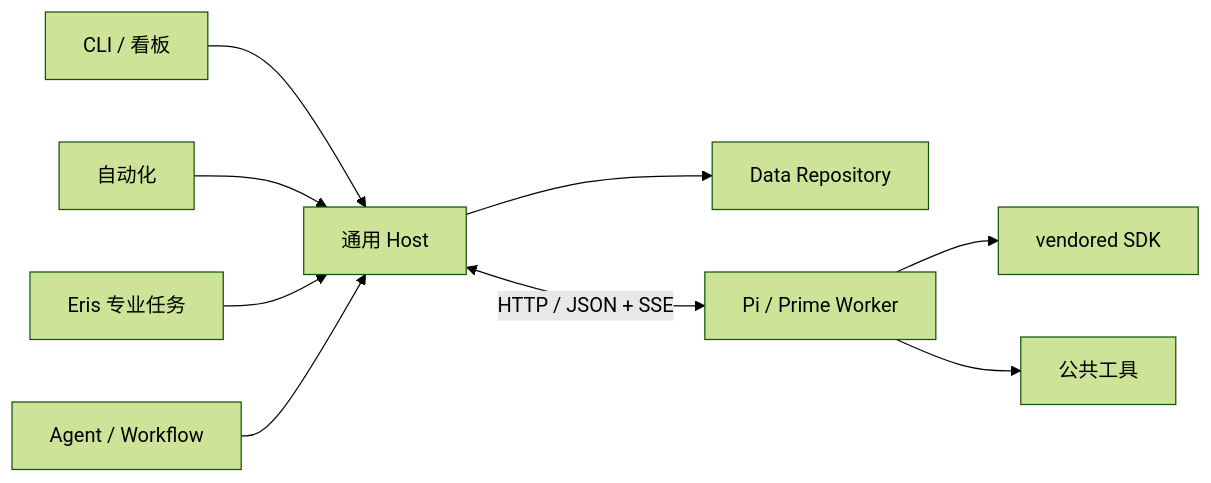
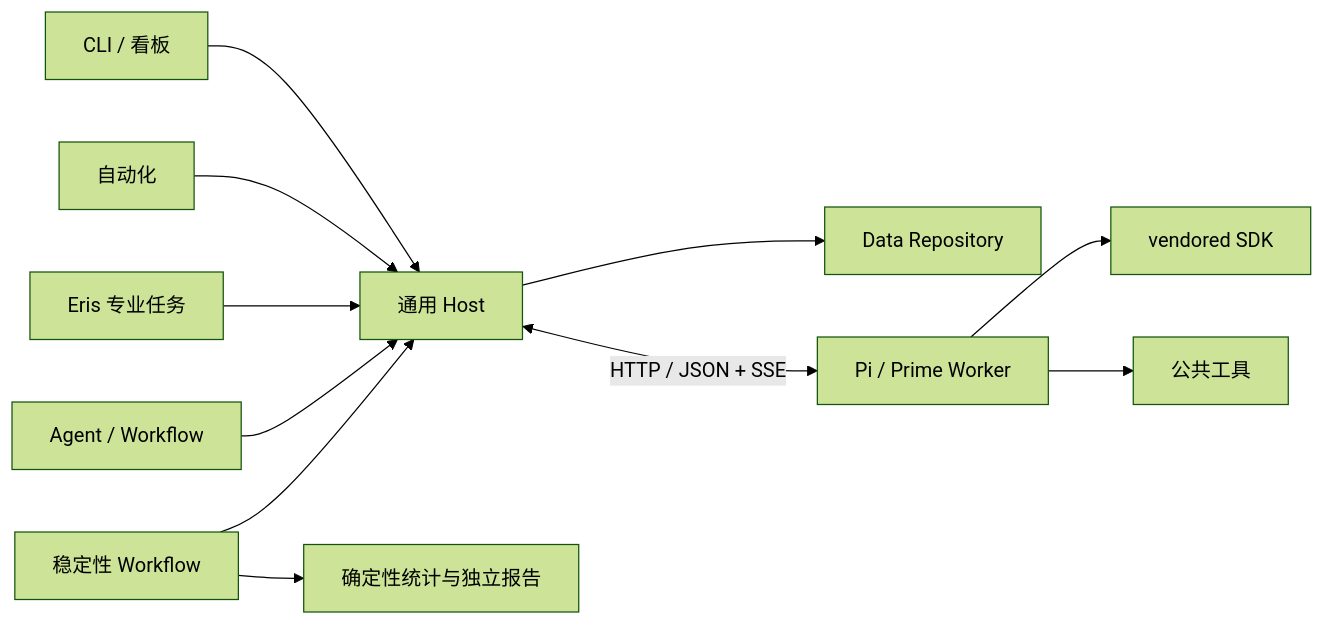
One commit to cmy-hhxx/agent_eval_harness changed the diagram in docs/architecture.md. Above: the diagram before and after it, drawn with Mermaid (forest theme). The commit also changed other lines of this file and 127 other files, not shown here.

````diff
--- a/docs/architecture.md
+++ b/docs/architecture.md
@@ -9,11 +9,13 @@
 ```mermaid
 flowchart LR
   CLI[CLI / 看板] --> Host[通用 Host]
   Automation[自动化] --> Host
   Eris[Eris 专业任务] --> Host
   Definitions[Agent / Workflow] --> Host
+  Validation[稳定性 Workflow] --> Host
+  Validation --> Statistics[确定性统计与独立报告]
   Host --> Data[Data Repository]
   Host <-->|HTTP / JSON + SSE| Worker[Pi / Prime Worker]
   Worker --> SDK[vendored SDK]
   Worker --> Tools[公共工具]
 ```
````
